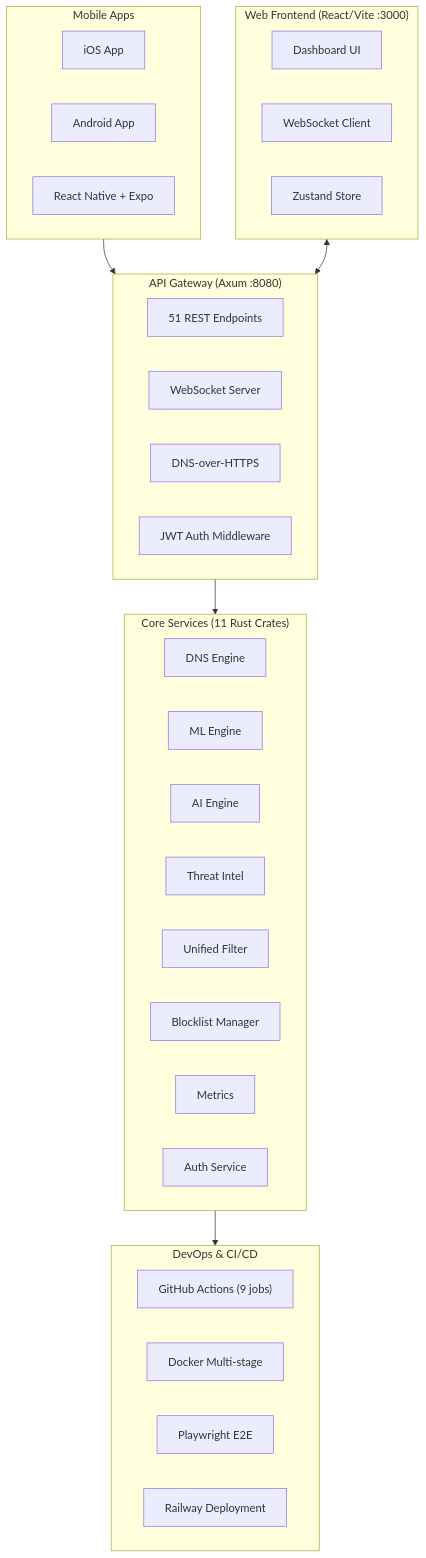
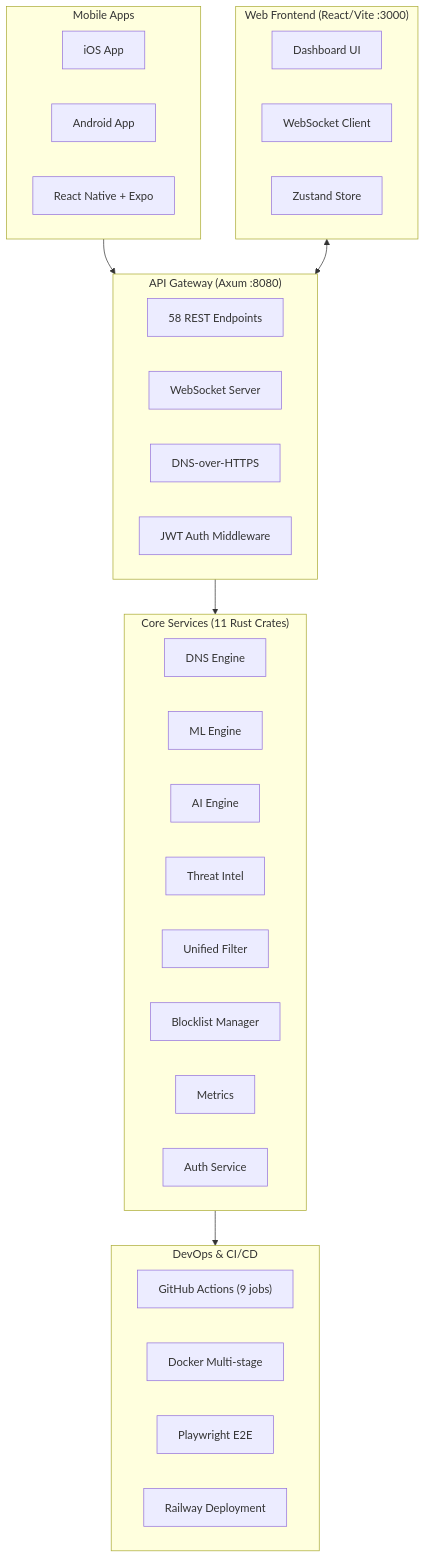
The first of 2 diagrams in CHECKPOINT.md (punitmishra/shield-ai), drawn with Mermaid before and after one commit. The commit also changed other lines of this file and 8 other files, not shown here.

````diff
--- a/CHECKPOINT.md
+++ b/CHECKPOINT.md
@@ -32,44 +32,44 @@
 ```mermaid
 flowchart TB
     subgraph Mobile["Mobile Apps"]
         iOS["iOS App"]
         Android["Android App"]
         RN["React Native + Expo"]
     end
 
     subgraph Frontend["Web Frontend (React/Vite :3000)"]
         UI["Dashboard UI"]
         WS["WebSocket Client"]
         Store["Zustand Store"]
     end
 
     subgraph API["API Gateway (Axum :8080)"]
-        REST["51 REST Endpoints"]
+        REST["58 REST Endpoints"]
         WSS["WebSocket Server"]
         DoH["DNS-over-HTTPS"]
         Auth["JWT Auth Middleware"]
     end
 
     subgraph Core["Core Services (11 Rust Crates)"]
         DNS["DNS Engine"]
         ML["ML Engine"]
         AI["AI Engine"]
         TI["Threat Intel"]
         Filter["Unified Filter"]
         Blocklist["Blocklist Manager"]
         Metrics["Metrics"]
         AuthSvc["Auth Service"]
     end
 
     subgraph DevOps["DevOps & CI/CD"]
         GHA["GitHub Actions (9 jobs)"]
         Docker["Docker Multi-stage"]
         E2E["Playwright E2E"]
         Railway["Railway Deployment"]
     end
 
     Mobile --> API
     Frontend <--> API
     API --> Core
     Core --> DevOps
 ```
````
